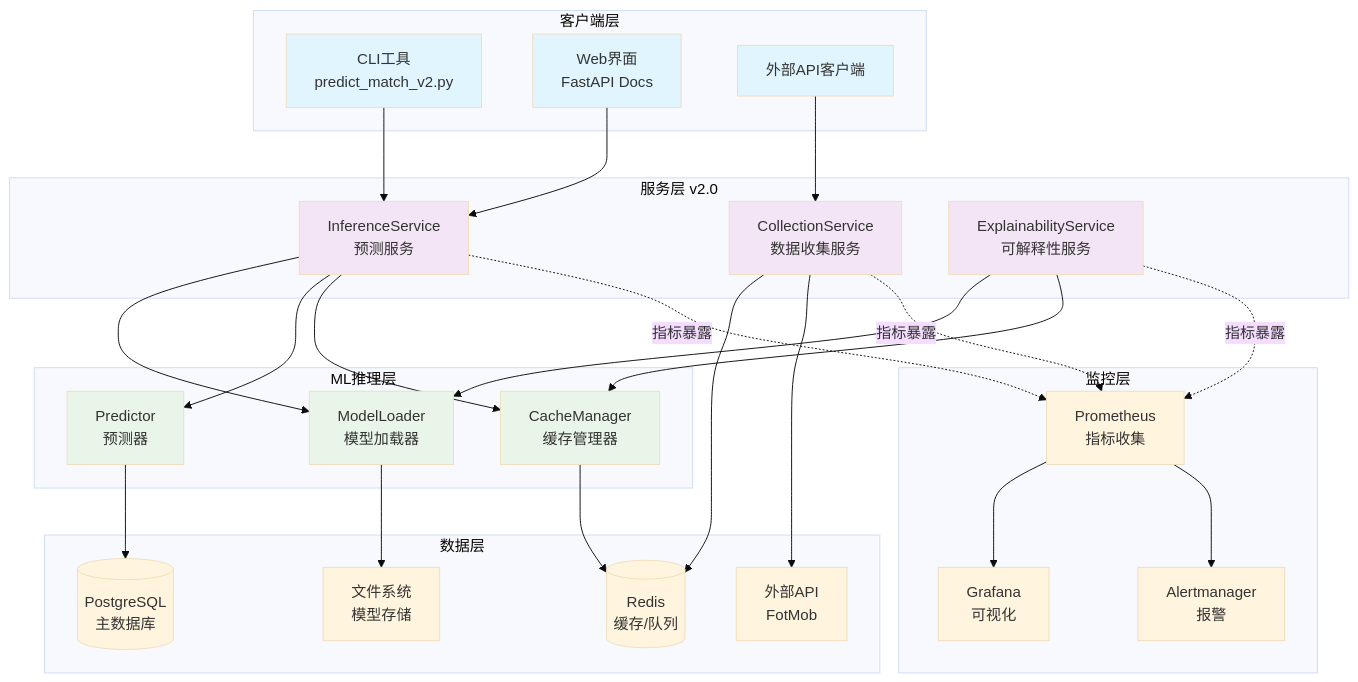
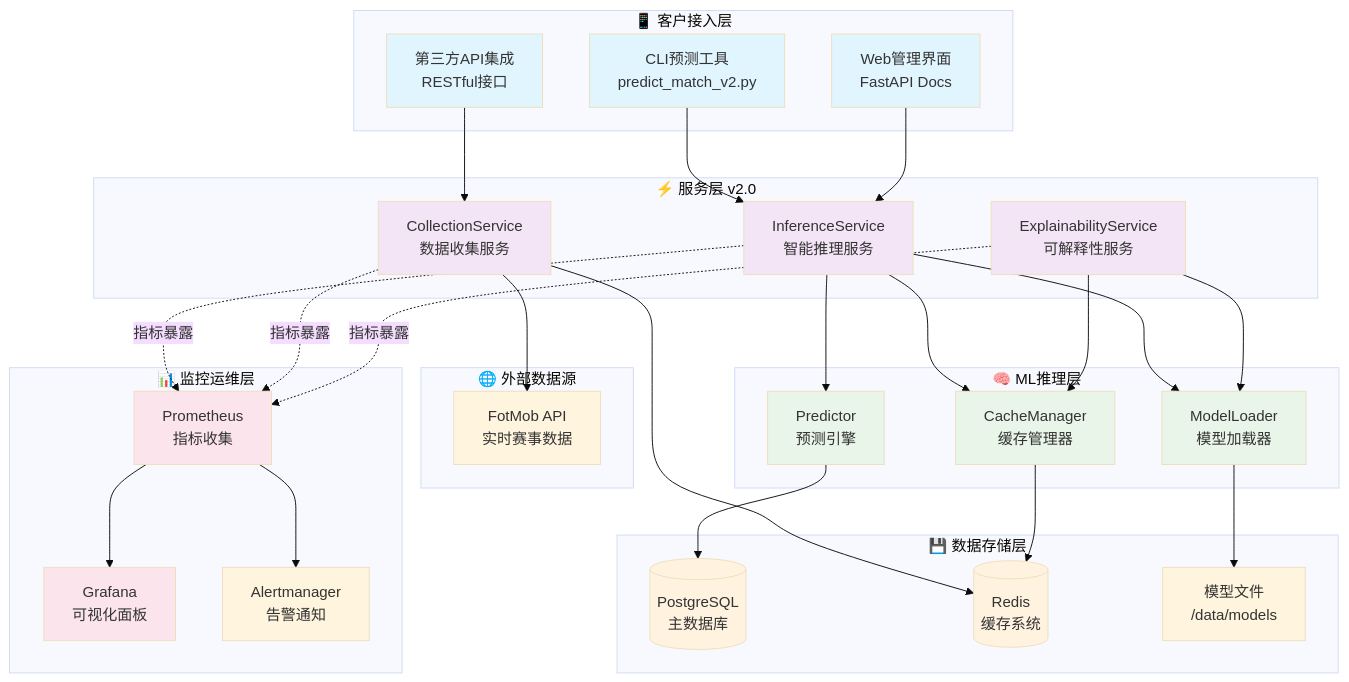
One commit to xupeng211/FootballPrediction changed the diagram in README.md. Above: the diagram before and after it, drawn with Mermaid (base theme). The commit also changed other lines of this file and 36042 other files, not shown here.

````diff
--- a/README.md
+++ b/README.md
@@ -29,68 +60,75 @@
 ```mermaid
 graph TB
-    subgraph "客户端层"
-        CLI[CLI工具<br/>predict_match_v2.py]
-        WEB[Web界面<br/>FastAPI Docs]
-        API[外部API客户端]
+    subgraph "📱 客户接入层"
+        CLI[CLI预测工具<br/>predict_match_v2.py]
+        WEB[Web管理界面<br/>FastAPI Docs]
+        API[第三方API集成<br/>RESTful接口]
     end
 
-    subgraph "服务层 v2.0"
-        SVC1[InferenceService<br/>预测服务]
-        SVC2[CollectionService<br/>数据收集服务]
-        SVC3[ExplainabilityService<br/>可解释性服务]
+    subgraph "⚡ 服务层 v2.0"
+        INF[InferenceService<br/>智能推理服务]
+        COL[CollectionService<br/>数据收集服务]
+        EXP[ExplainabilityService<br/>可解释性服务]
     end
 
-    subgraph "ML推理层"
+    subgraph "🧠 ML推理层"
         MODEL[ModelLoader<br/>模型加载器]
-        PREDICTOR[Predictor<br/>预测器]
+        PRED[Predictor<br/>预测引擎]
         CACHE[CacheManager<br/>缓存管理器]
     end
 
-    subgraph "数据层"
+    subgraph "💾 数据存储层"
         PG[(PostgreSQL<br/>主数据库)]
-        REDIS[(Redis<br/>缓存/队列)]
-        FILES[文件系统<br/>模型存储]
-        EXTERNAL[外部API<br/>FotMob]
+        REDIS[(Redis<br/>缓存系统)]
+        FILES[模型文件<br/>/data/models]
     end
 
-    subgraph "监控层"
-        PROM[Prometheus<br/>指标收集]
-        GRAFANA[Grafana<br/>可视化]
-        ALERT[Alertmanager<br/>报警]
+    subgraph "🌐 外部数据源"
+        FOTMOB[FotMob API<br/>实时赛事数据]
     end
 
-    CLI --> SVC1
-    WEB --> SVC1
-    API --> SVC2
+    subgraph "📊 监控运维层"
+        PROM[Prometheus<br/>指标收集]
+        GRAF[Grafana<br/>可视化面板]
+        ALERT[Alertmanager<br/>告警通知]
+    end
 
-    SVC1 --> MODEL
-    SVC1 --> PREDICTOR
-    SVC1 --> CACHE
+    CLI --> INF
+    WEB --> INF
+    API --> COL
 
-    SVC2 --> REDIS
-    SVC2 --> EXTERNAL
+    INF --> MODEL
+    INF --> PRED
+    INF --> CACHE
 
-    SVC3 --> MODEL
-    SVC3 --> CACHE
+    COL --> REDIS
+    COL --> FOTMOB
+
+    EXP --> MODEL
+    EXP --> CACHE
 
     MODEL --> FILES
-    PREDICTOR --> PG
+    PRED --> PG
     CACHE --> REDIS
 
-    SVC1 -.->|指标暴露| PROM
-    SVC2 -.->|指标暴露| PROM
-    SVC3 -.->|指标暴露| PROM
+    INF -.->|指标暴露| PROM
+    COL -.->|指标暴露| PROM
+    EXP -.->|指标暴露| PROM
 
-    PROM --> GRAFANA
+    PROM --> GRAF
     PROM --> ALERT
 
     style CLI fill:#e1f5fe
     style WEB fill:#e1f5fe
     style API fill:#e1f5fe
-    style SVC1 fill:#f3e5f5
-    style SVC2 fill:#f3e5f5
-    style SVC3 fill:#f3e5f5
+    style INF fill:#f3e5f5
+    style COL fill:#f3e5f5
+    style EXP fill:#f3e5f5
     style MODEL fill:#e8f5e8
-    style PREDICTOR fill:#e8f5e8
+    style PRED fill:#e8f5e8
     style CACHE fill:#e8f5e8
+    style PG fill:#fff3e0
+    style REDIS fill:#fff3e0
+    style PROM fill:#fce4ec
+    style GRAF fill:#fce4ec
 ```
````
